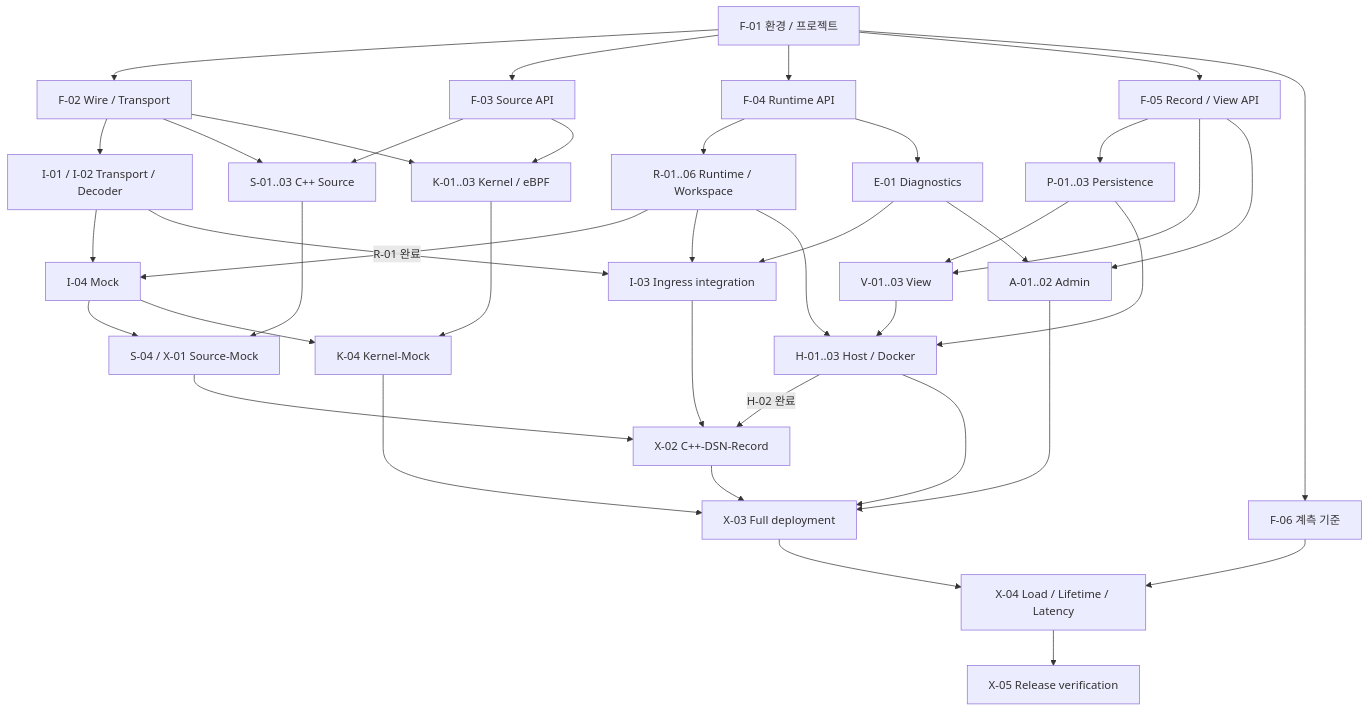
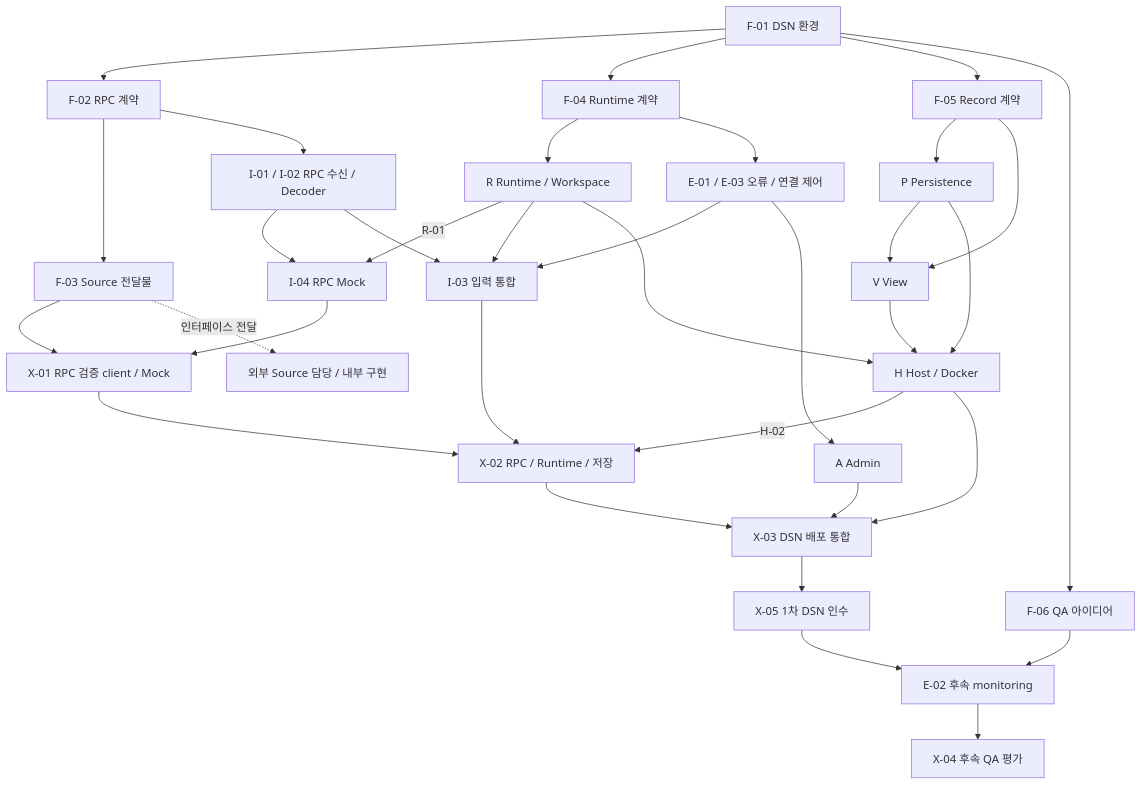
The diagram in docs/arch/10-implementation-plan.md (south-hive/project-dsn), drawn with Mermaid before and after one commit. The commit also changed other lines of this file and 26 other files, not shown here.

````diff
--- a/docs/arch/10-implementation-plan.md
+++ b/docs/arch/10-implementation-plan.md
@@ -31,42 +35,36 @@
 ```mermaid
 flowchart TB
-    F01["F-01 환경 / 프로젝트"] --> F02["F-02 Wire / Transport"]
-    F01 --> F03["F-03 Source API"]
-    F01 --> F04["F-04 Runtime API"]
-    F01 --> F05["F-05 Record / View API"]
-    F01 --> F06["F-06 계측 기준"]
-    F02 --> I["I-01 / I-02 Transport / Decoder"]
-    F03 --> S["S-01..03 C++ Source"]
-    F02 --> S
-    F03 --> K["K-01..03 Kernel / eBPF"]
-    F02 --> K
-    F04 --> R["R-01..06 Runtime / Workspace"]
-    F04 --> E["E-01 Diagnostics"]
-    F05 --> P["P-01..03 Persistence"]
-    F05 --> V["V-01..03 View"]
+    F01["F-01 DSN 환경"] --> F02["F-02 RPC 계약"]
+    F02 --> F03["F-03 Source 전달물"]
+    F01 --> F04["F-04 Runtime 계약"]
+    F01 --> F05["F-05 Record 계약"]
+    F01 --> F06["F-06 QA 아이디어"]
+    F02 --> I["I-01 / I-02 RPC 수신 / Decoder"]
+    F04 --> R["R Runtime / Workspace"]
+    F04 --> E["E-01 / E-03 오류 / 연결 제어"]
+    F05 --> P["P Persistence"]
+    F05 --> V["V View"]
     P --> V
-    I --> Mock["I-04 Mock"]
-    R -->|"R-01 완료"| Mock
-    S --> SX["S-04 / X-01 Source-Mock"]
-    Mock --> SX
-    K --> KX["K-04 Kernel-Mock"]
-    Mock --> KX
-    I --> IX["I-03 Ingress integration"]
-    E --> IX
-    R --> IX
-    R --> H["H-01..03 Host / Docker"]
+    I --> Mock["I-04 RPC Mock"]
+    R -->|"R-01"| Mock
+    F03 --> X1["X-01 RPC 검증 client / Mock"]
+    Mock --> X1
+    I --> Ingress["I-03 입력 통합"]
+    R --> Ingress
+    E --> Ingress
+    R --> H["H Host / Docker"]
     P --> H
     V --> H
-    E --> A["A-01..02 Admin"]
-    F05 --> A
-    SX --> X2["X-02 C++-DSN-Record"]
-    IX --> X2
-    H -->|"H-02 완료"| X2
-    H --> X3["X-03 Full deployment"]
-    X2 --> X3
-    KX --> X3
+    E --> A["A Admin"]
+    X1 --> X2["X-02 RPC / Runtime / 저장"]
+    Ingress --> X2
+    H -->|"H-02"| X2
+    X2 --> X3["X-03 DSN 배포 통합"]
+    H --> X3
     A --> X3
-    X3 --> X4["X-04 Load / Lifetime / Latency"]
-    F06 --> X4
-    X4 --> X5["X-05 Release verification"]
+    X3 --> X5["X-05 1차 DSN 인수"]
+    X5 --> E2["E-02 후속 monitoring"]
+    F06 --> E2
+    E2 --> X4["X-04 후속 QA 평가"]
+    F03 -. "인터페이스 전달" .-> External["외부 Source 담당 / 내부 구현"]
 ```
````
